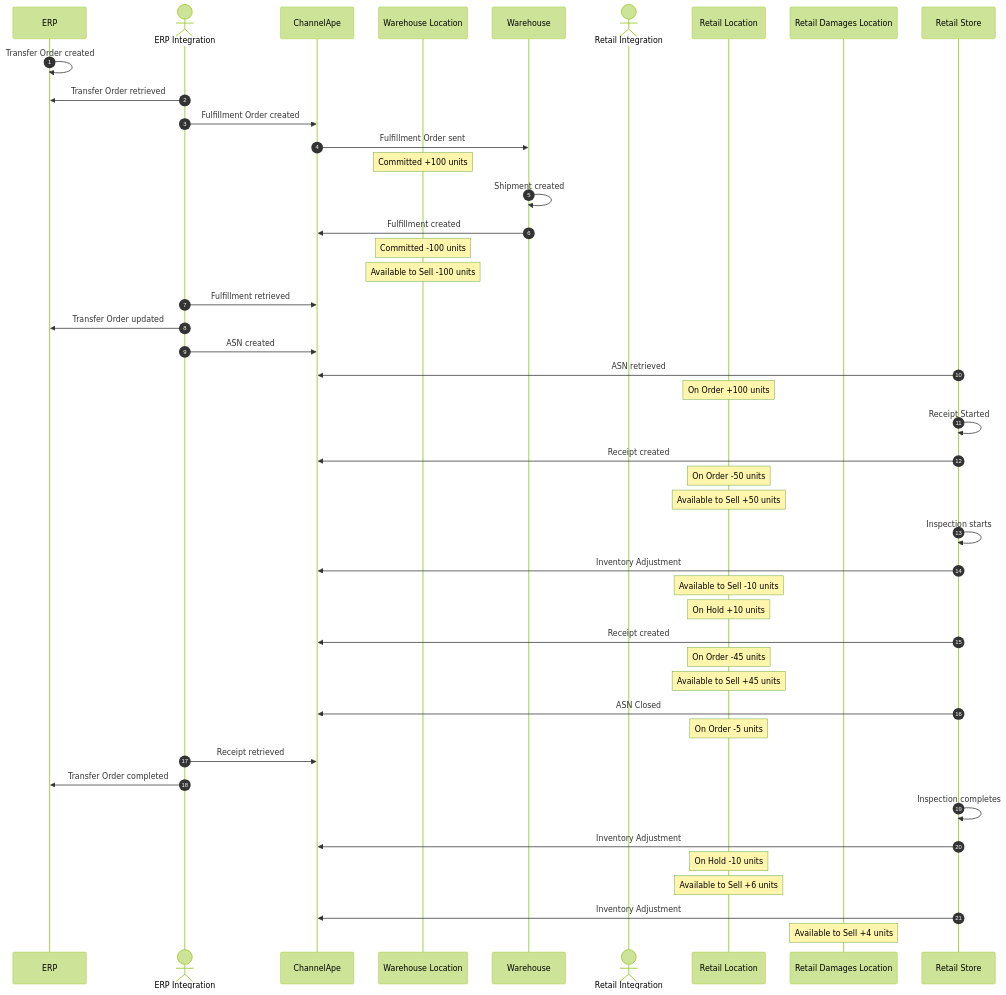
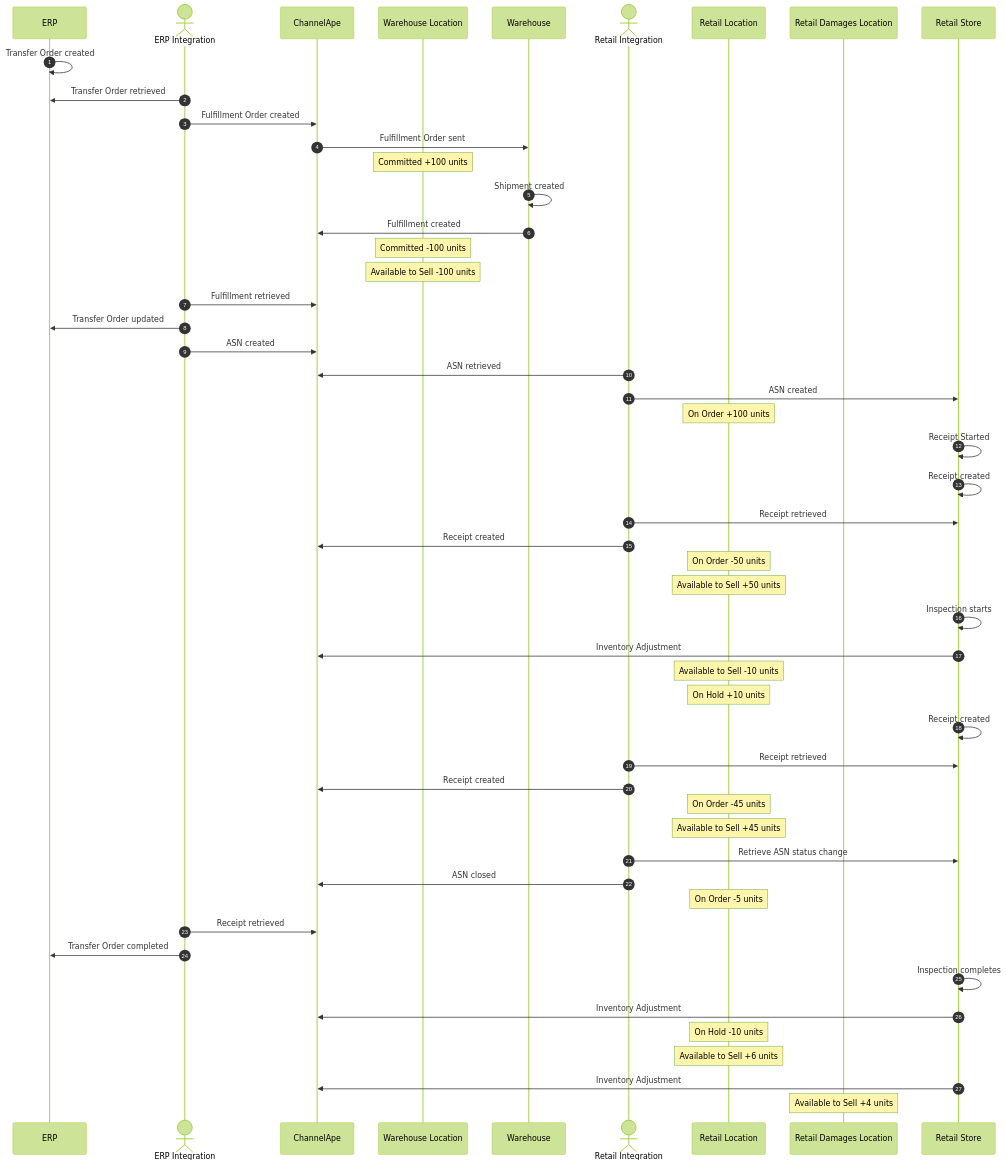
One commit to ChannelApe/channelape-docs changed the fifth of 6 diagrams in data-flows/transfer-orders/README.md. Above: the diagram before and after it, drawn with Mermaid (forest theme). The commit also changed other lines of this file, not shown here.

Commit message:
Added Retail Integration actor

````diff
--- a/data-flows/transfer-orders/README.md
+++ b/data-flows/transfer-orders/README.md
@@ -296,65 +318,71 @@
 ```mermaid
 sequenceDiagram
     autonumber
     participant ERP
     actor ERP Integration
     participant ChannelApe
     participant Warehouse Location
     participant Warehouse
     actor Retail Integration
     participant Retail Location
     participant Retail Damages Location
     participant Retail Store
 
     ERP->>ERP: Transfer Order created
 
     ERP Integration->>ERP: Transfer Order retrieved
     ERP Integration->>ChannelApe: Fulfillment Order created
 
     ChannelApe->>Warehouse: Fulfillment Order sent
     note over Warehouse Location: Committed +100 units
     
     Warehouse->>Warehouse: Shipment created
     Warehouse->>ChannelApe: Fulfillment created
     note over Warehouse Location: Committed -100 units
     note over Warehouse Location: Available to Sell -100 units
 
     ERP Integration->>ChannelApe: Fulfillment retrieved
     ERP Integration->>ERP: Transfer Order updated
     ERP Integration->>ChannelApe: ASN created
     
-    Retail Store->>ChannelApe: ASN retrieved
+    Retail Integration->>ChannelApe: ASN retrieved
+    Retail Integration->>Retail Store: ASN created
     note over Retail Location: On Order +100 units
 
     Retail Store->>Retail Store: Receipt Started
 
-    Retail Store->>ChannelApe: Receipt created
+    Retail Store->>Retail Store: Receipt created
+    Retail Integration->>Retail Store: Receipt retrieved
+    Retail Integration->>ChannelApe: Receipt created
     note over Retail Location: On Order -50 units
     note over Retail Location: Available to Sell +50 units
 
     Retail Store->>Retail Store: Inspection starts
 
     Retail Store->>ChannelApe: Inventory Adjustment
     note over Retail Location: Available to Sell -10 units
     note over Retail Location: On Hold +10 units
 
-    Retail Store->>ChannelApe: Receipt created
+    Retail Store->>Retail Store: Receipt created
+    Retail Integration->>Retail Store: Receipt retrieved
+    Retail Integration->>ChannelApe: Receipt created
     note over Retail Location: On Order -45 units
     note over Retail Location: Available to Sell +45 units
 
-    Retail Store->>ChannelApe: ASN Closed
+    Retail Integration->>Retail Store: Retrieve ASN status change
+    Retail Integration->>ChannelApe: ASN closed
     note over Retail Location: On Order -5 units
 
     ERP Integration->>ChannelApe: Receipt retrieved
 
     ERP Integration->>ERP: Transfer Order completed
     
     Retail Store->>Retail Store: Inspection completes
 
     Retail Store->>ChannelApe: Inventory Adjustment
     note over Retail Location: On Hold -10 units
     note over Retail Location: Available to Sell +6 units
 
     Retail Store->>ChannelApe: Inventory Adjustment
     note over Retail Damages Location: Available to Sell +4 units
 ```
````
